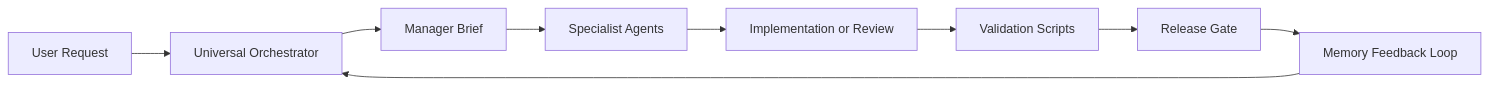
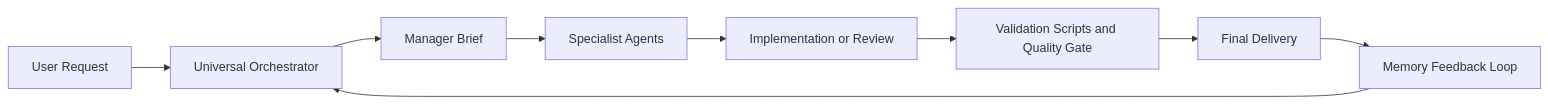
Before and after one commit to NAYTOUX/Copilot-AI-Agent: the first of 2 diagrams in README.md, drawn with Mermaid. The commit also changed other lines of this file, not shown here.

````diff
--- a/README.md
+++ b/README.md
@@ -45,11 +48,11 @@
 ```mermaid
 flowchart LR
     A[User Request] --> B[Universal Orchestrator]
     B --> C[Manager Brief]
     C --> D[Specialist Agents]
     D --> E[Implementation or Review]
-    E --> F[Validation Scripts]
-    F --> G[Release Gate]
+    E --> F[Validation Scripts and Quality Gate]
+    F --> G[Final Delivery]
     G --> H[Memory Feedback Loop]
     H --> B
 ```
````
